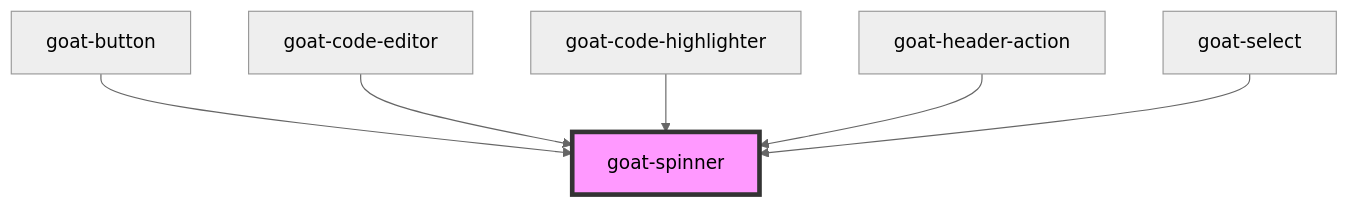
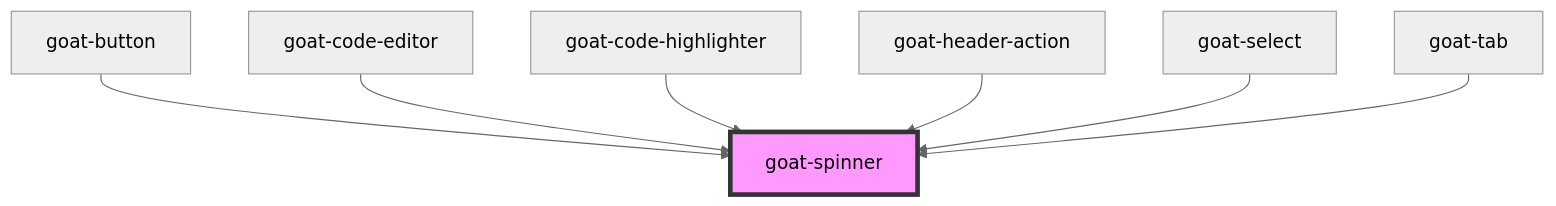
Before and after one commit to goatui/components: the diagram in src/components/content/spinner/readme.md, drawn with Mermaid (neutral theme). The commit also changed other lines of this file and 52 other files, not shown here.

````diff
--- a/src/components/content/spinner/readme.md
+++ b/src/components/content/spinner/readme.md
@@ -26,9 +27,10 @@
 ```mermaid
 graph TD;
   goat-button --> goat-spinner
   goat-code-editor --> goat-spinner
   goat-code-highlighter --> goat-spinner
   goat-header-action --> goat-spinner
   goat-select --> goat-spinner
+  goat-tab --> goat-spinner
   style goat-spinner fill:#f9f,stroke:#333,stroke-width:4px
 ```
````
